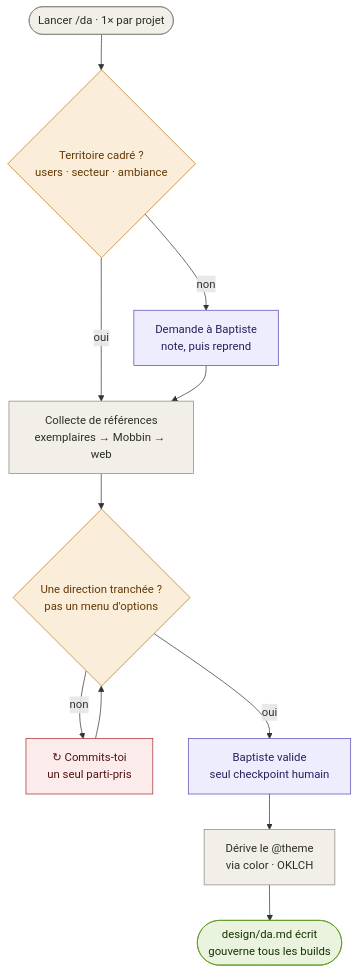
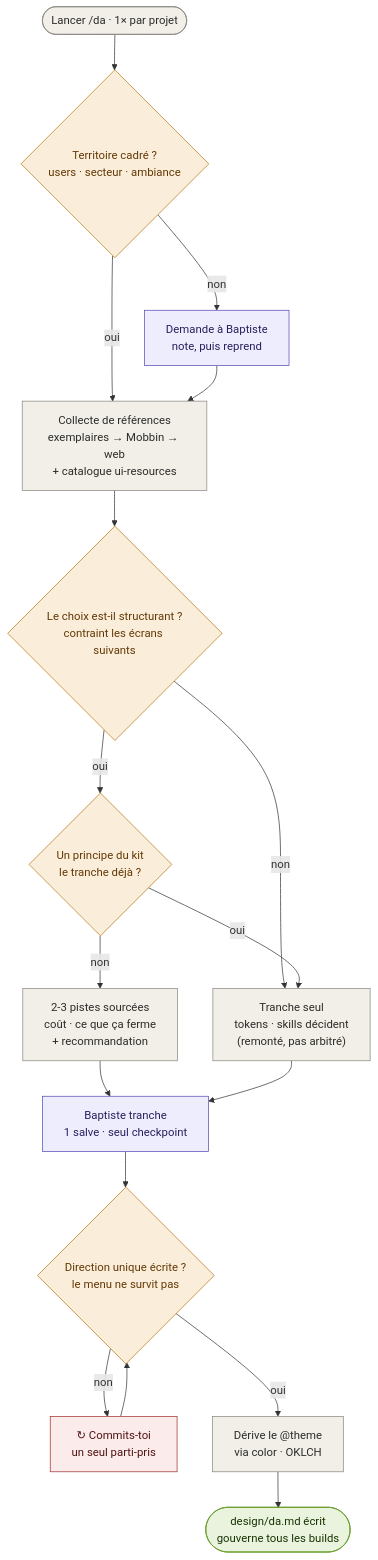
Before and after one commit to BaptisteCavalie/product-builder: the third of 5 diagrams in docs/pipeline.md, drawn with Mermaid. The commit also changed other lines of this file and 14 other files, not shown here.

````diff
--- a/docs/pipeline.md
+++ b/docs/pipeline.md
@@ -97,18 +101,24 @@
 ```mermaid
 flowchart TD
     A(["Lancer /da · 1× par projet"]):::step --> B{"Territoire cadré ?<br/>users · secteur · ambiance"}:::dec
     B -->|non| R1["Demande à Baptiste<br/>note, puis reprend"]:::human
-    B -->|oui| C["Collecte de références<br/>exemplaires → Mobbin → web"]:::step
+    B -->|oui| C["Collecte de références<br/>exemplaires → Mobbin → web<br/>+ catalogue ui-resources"]:::step
     R1 --> C
-    C --> D{"Une direction tranchée ?<br/>pas un menu d'options"}:::dec
-    D -->|non| R2["↻ Commits-toi<br/>un seul parti-pris"]:::stop
-    R2 --> D
-    D -->|oui| E["Baptiste valide<br/>seul checkpoint humain"]:::human
-    E --> F["Dérive le @theme<br/>via color · OKLCH"]:::step
+    C --> D{"Le choix est-il structurant ?<br/>contraint les écrans suivants"}:::dec
+    D -->|non| R2["Tranche seul<br/>tokens · skills décident<br/>(remonté, pas arbitré)"]:::step
+    D -->|oui| P{"Un principe du kit<br/>le tranche déjà ?"}:::dec
+    P -->|oui| R2
+    P -->|non| Q["2-3 pistes sourcées<br/>coût · ce que ça ferme<br/>+ recommandation"]:::step
+    Q --> E["Baptiste tranche<br/>1 salve · seul checkpoint"]:::human
+    R2 --> E
+    E --> F2{"Direction unique écrite ?<br/>le menu ne survit pas"}:::dec
+    F2 -->|non| R3["↻ Commits-toi<br/>un seul parti-pris"]:::stop
+    R3 --> F2
+    F2 -->|oui| F["Dérive le @theme<br/>via color · OKLCH"]:::step
     F --> G(["design/da.md écrit<br/>gouverne tous les builds"]):::ship
     classDef dec fill:#FAEEDA,stroke:#BA7517,color:#633806
     classDef step fill:#F1EFE8,stroke:#888780,color:#2C2C2A
     classDef human fill:#EEEDFE,stroke:#534AB7,color:#26215C
     classDef stop fill:#FCEBEB,stroke:#A32D2D,color:#501313
     classDef ship fill:#EAF3DE,stroke:#639922,color:#173404
 ```
````
